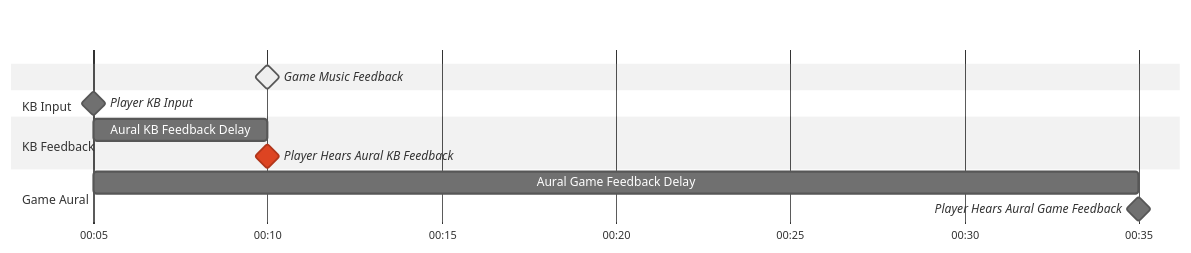
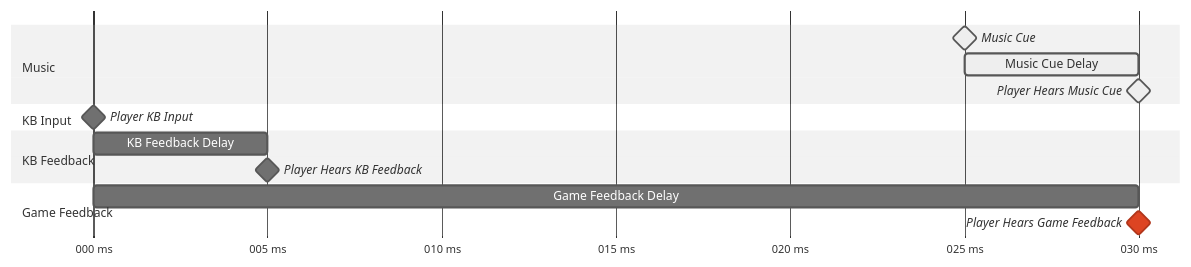
The third of 12 diagrams in _posts/2024-10-04-hitsounds.md (Eve-ning/Eve-ning.github.io), drawn with Mermaid (neutral theme) before and after one commit. The commit also changed other lines of this file, not shown here.

````diff
--- a/_posts/2024-10-04-hitsounds.md
+++ b/_posts/2024-10-04-hitsounds.md
@@ -140,17 +162,22 @@
 ```mermaid
 gantt
-  dateFormat mm:ss
-  axisFormat %M:%S
+  dateFormat SSS
+  axisFormat %L ms
+  tickInterval 5millisecond
 
-  Game Music Feedback: active, milestone, 00:10,
+  section Music
+    Music Cue: active, milestone, 025,
+    Music Cue Delay: active, 025, 030
+    Player Hears Music Cue: active, milestone, 030,
+
   section KB Input
-    Player KB Input: milestone, 00:05,
+    Player KB Input: milestone, 000,
 
   section KB Feedback
-    Aural KB Feedback Delay: 00:05, 00:10
-    Player Hears Aural KB Feedback: crit, milestone, 00:10,
+    KB Feedback Delay: 000, 005
+    Player Hears KB Feedback: milestone, 005,
 
-  section Game Aural
-    Aural Game Feedback Delay: 00:05, 00:35
-    Player Hears Aural Game Feedback: milestone, 00:35,
+  section Game Feedback
+    Game Feedback Delay: 000, 030
+    Player Hears Game Feedback: crit, milestone, 030,
 ```
````
